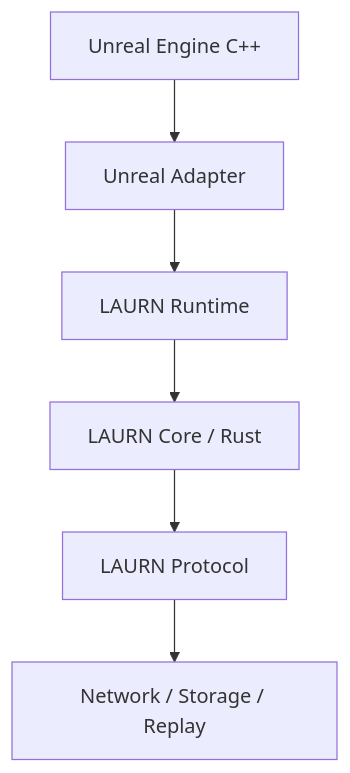
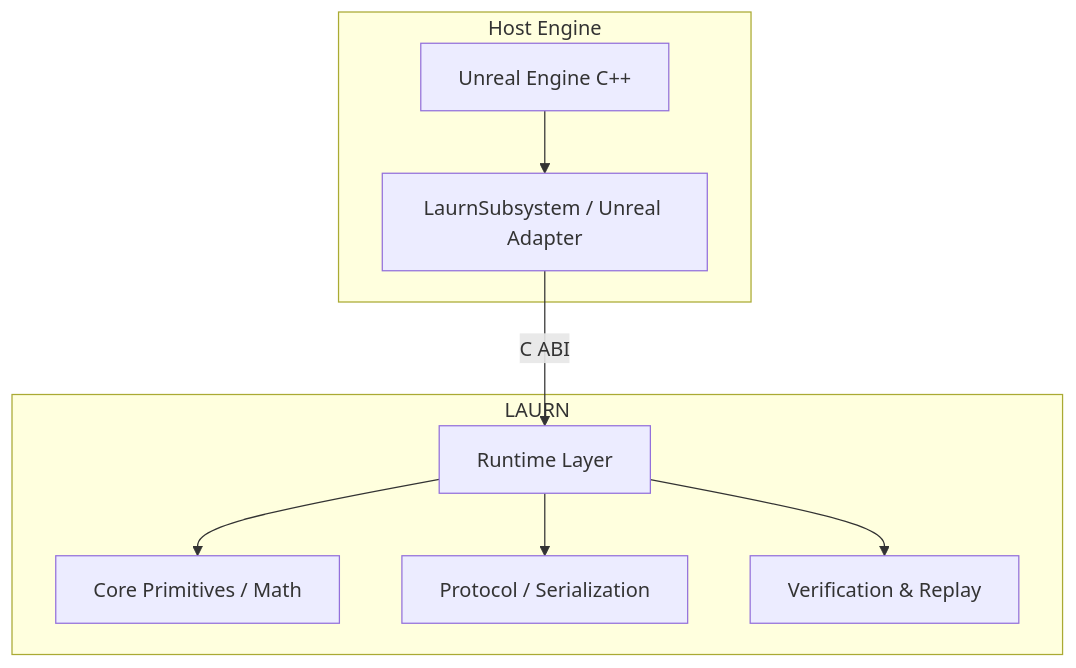
Before and after one commit to laurrybin/Laurn: the diagram in README.md, drawn with Mermaid. The commit also changed other lines of this file and 4 other files, not shown here.

````diff
--- a/README.md
+++ b/README.md
@@ -17,8 +17,19 @@
 ```mermaid
 graph TD
-    UE[Unreal Engine C++] --> Ad[Unreal Adapter]
-    Ad --> Run[LAURN Runtime]
-    Run --> Core[LAURN Core / Rust]
-    Core --> Pro[LAURN Protocol]
-    Pro --> Net[Network / Storage / Replay]
+    subgraph Host Engine
+        UE[Unreal Engine C++]
+        Ad[LaurnSubsystem / Unreal Adapter]
+    end
+    subgraph LAURN
+        Run[Runtime Layer]
+        Core[Core Primitives / Math]
+        Pro[Protocol / Serialization]
+        Ver[Verification & Replay]
+    end
+    
+    UE --> Ad
+    Ad -->|C ABI| Run
+    Run --> Core
+    Run --> Pro
+    Run --> Ver
 ```
````
